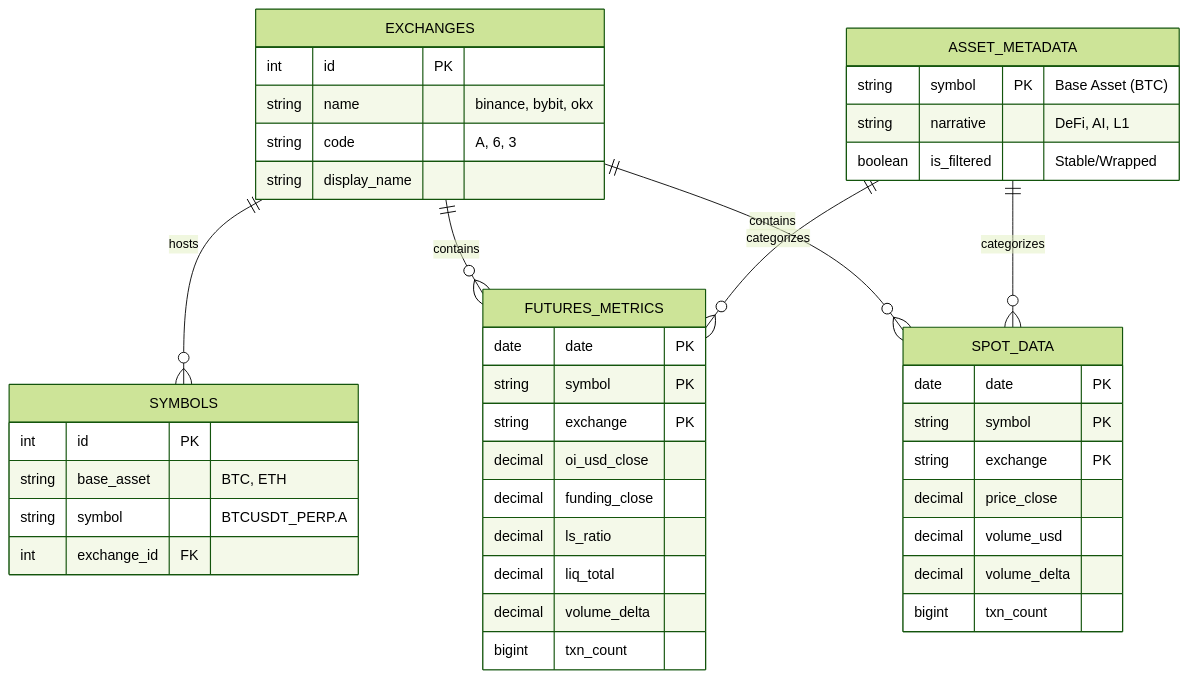
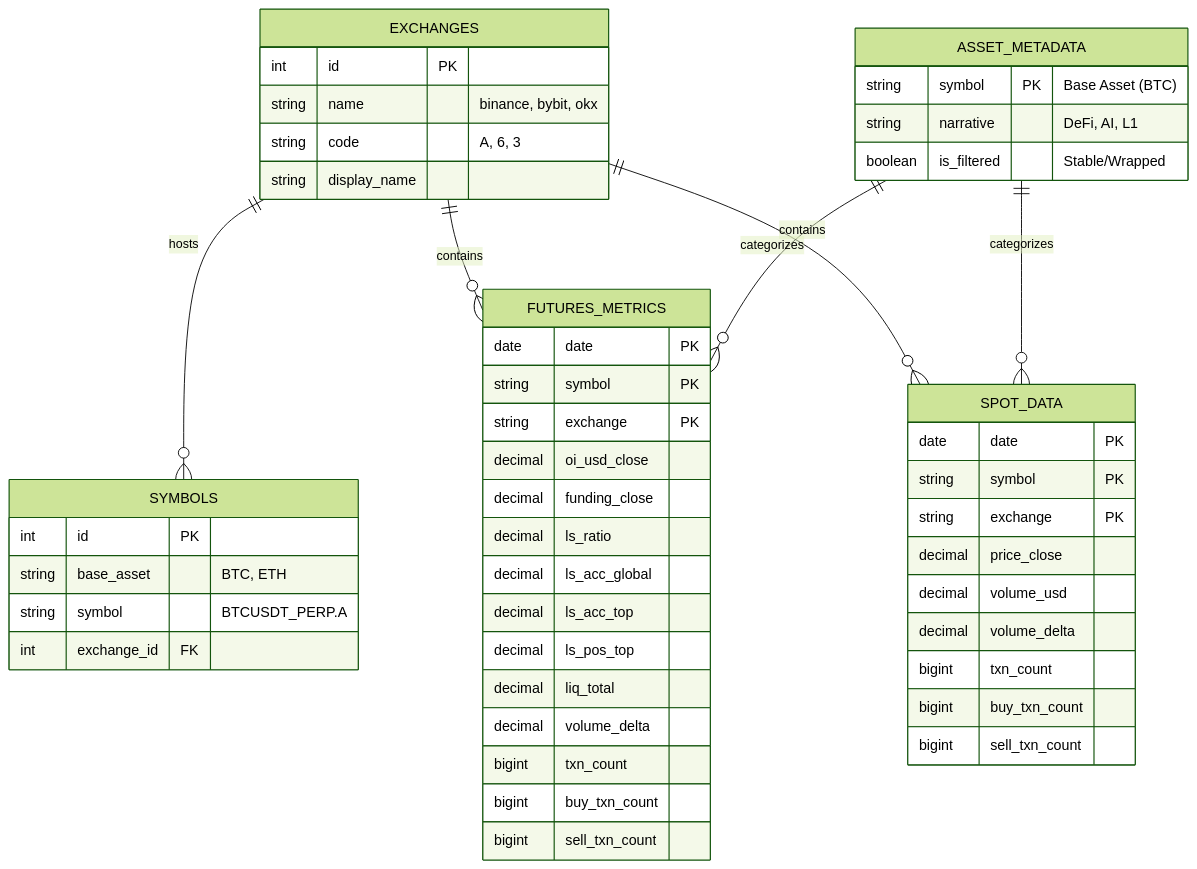
The diagram in README.md (0xJJphy/alt-scraper), drawn with Mermaid (forest theme) before and after one commit. The commit also changed other lines of this file and 3 other files, not shown here.

Commit message:
Enhance: Add Spot sell_txn_count and L/S global/top trader ratios

````diff
--- a/README.md
+++ b/README.md
@@ -134,50 +134,57 @@
 ```mermaid
 erDiagram
     EXCHANGES ||--o{ SYMBOLS : hosts
     EXCHANGES ||--o{ FUTURES_METRICS : contains
     EXCHANGES ||--o{ SPOT_DATA : contains
     ASSET_METADATA ||--o{ FUTURES_METRICS : categorizes
     ASSET_METADATA ||--o{ SPOT_DATA : categorizes
 
     EXCHANGES {
         int id PK
         string name "binance, bybit, okx"
         string code "A, 6, 3"
         string display_name
     }
 
     SYMBOLS {
         int id PK
         string base_asset "BTC, ETH"
         string symbol "BTCUSDT_PERP.A"
         int exchange_id FK
     }
 
     ASSET_METADATA {
         string symbol PK "Base Asset (BTC)"
         string narrative "DeFi, AI, L1"
         boolean is_filtered "Stable/Wrapped"
     }
 
     FUTURES_METRICS {
         date date PK
         string symbol PK
         string exchange PK
         decimal oi_usd_close
         decimal funding_close
         decimal ls_ratio
+        decimal ls_acc_global
+        decimal ls_acc_top
+        decimal ls_pos_top
         decimal liq_total
         decimal volume_delta
         bigint txn_count
+        bigint buy_txn_count
+        bigint sell_txn_count
     }
 
     SPOT_DATA {
         date date PK
         string symbol PK
         string exchange PK
         decimal price_close
         decimal volume_usd
         decimal volume_delta
         bigint txn_count
+        bigint buy_txn_count
+        bigint sell_txn_count
     }
 ```
````
